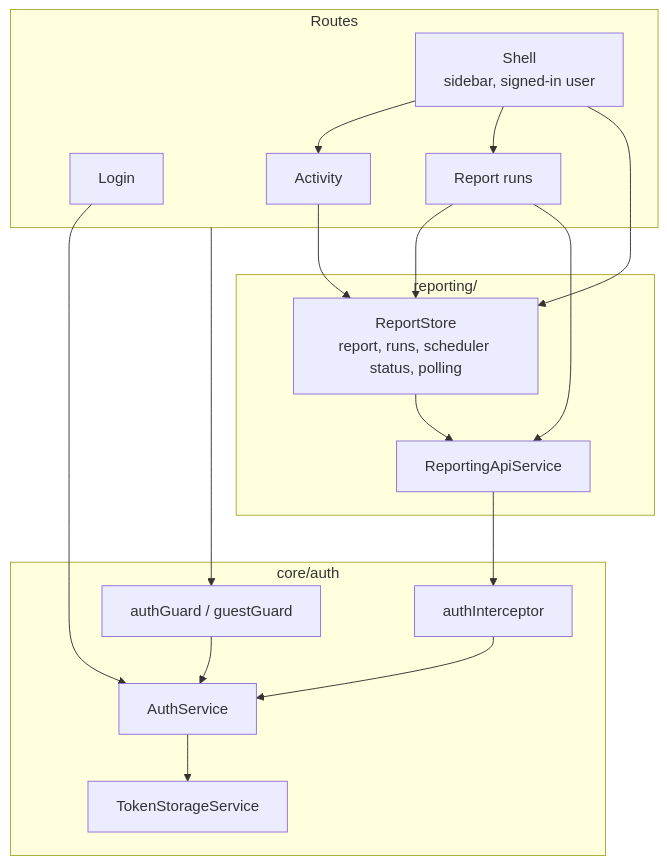
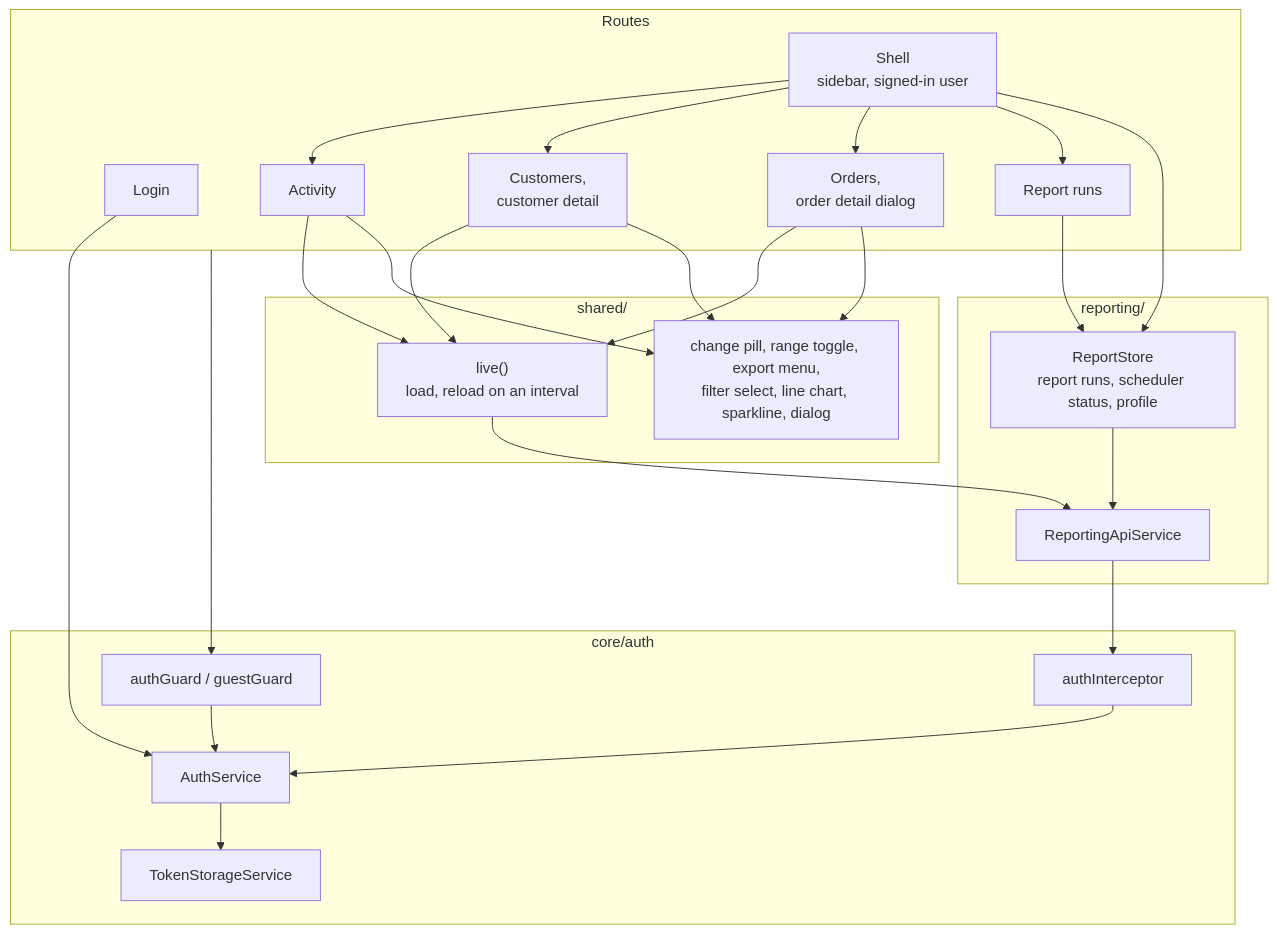
One commit to seankcheema/trading-season changed the second of 3 diagrams in apps/reporting-ui/README.md. Above: the diagram before and after it, drawn with Mermaid. The commit also changed other lines of this file and 47 other files, not shown here.

````diff
--- a/apps/reporting-ui/README.md
+++ b/apps/reporting-ui/README.md
@@ -39,33 +49,46 @@
 ```mermaid
 flowchart TB
     subgraph Routes
         Login
         Shell["Shell<br/>sidebar, signed-in user"]
         Activity
+        Customers["Customers,<br/>customer detail"]
+        Orders["Orders,<br/>order detail dialog"]
         Runs["Report runs"]
+    end
+    subgraph Shared["shared/"]
+        Kit["change pill, range toggle, export menu,<br/>filter select, line chart, sparkline, dialog"]
+        Live["live()<br/>load, reload on an interval"]
     end
     subgraph Core["core/auth"]
         Guard["authGuard / guestGuard"]
         Interceptor["authInterceptor"]
         AuthSvc["AuthService"]
         Storage["TokenStorageService"]
     end
     subgraph Reporting["reporting/"]
-        Store["ReportStore<br/>report, runs, scheduler status, polling"]
+        Store["ReportStore<br/>report runs, scheduler status, profile"]
         Api["ReportingApiService"]
     end
 
     Login --> AuthSvc
     Shell --> Activity
+    Shell --> Customers
+    Shell --> Orders
     Shell --> Runs
     Shell --> Store
-    Activity --> Store
+    Activity --> Live
+    Customers --> Live
+    Orders --> Live
+    Activity --> Kit
+    Customers --> Kit
+    Orders --> Kit
     Runs --> Store
-    Runs --> Api
+    Live --> Api
     Store --> Api
     Api --> Interceptor
     Interceptor --> AuthSvc
     AuthSvc --> Storage
     Routes --> Guard
     Guard --> AuthSvc
 ```
````
